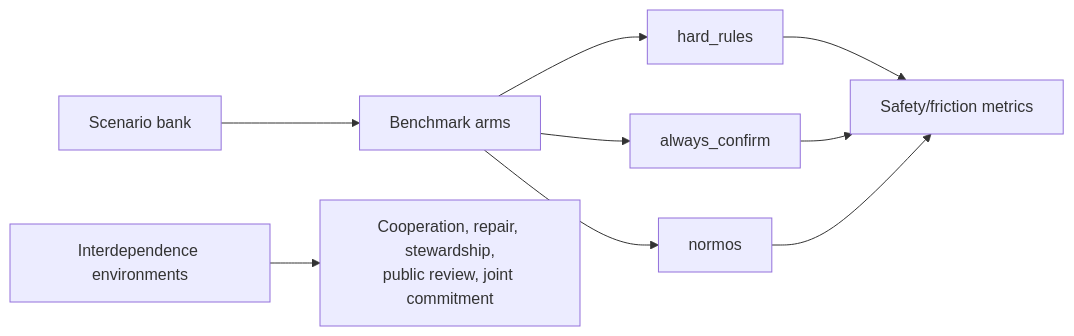
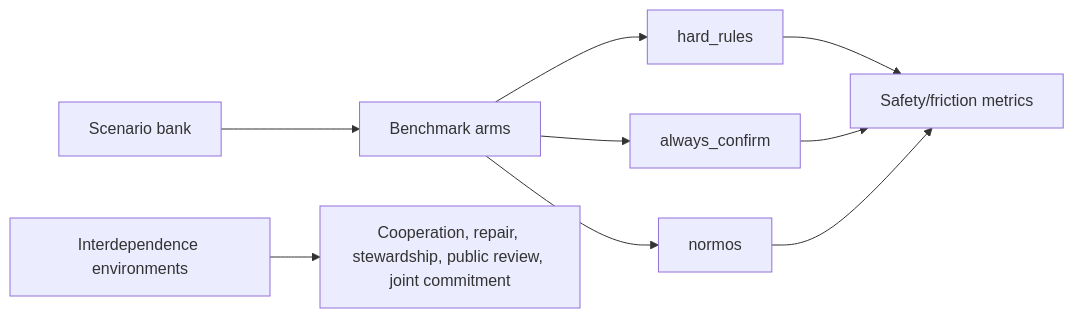
The second of 2 diagrams in docs/critique-and-next-steps.md (kalyvask/moral-agent-os), drawn with Mermaid before and after one commit. The commit also changed 1 other file, not shown here.

Commit message:
Fix Mermaid render error: drop <br/> from diagram labels
GitHub's Mermaid renderer fails ("Cannot read properties of undefined (reading 'render')") on
the <br/> HTML line-break tags in node labels. Use single-line labels in the System Shape and
interdependence diagrams so they render.

````diff
--- a/docs/critique-and-next-steps.md
+++ b/docs/critique-and-next-steps.md
@@ -42,11 +42,11 @@
 ```mermaid
 flowchart LR
     Scenarios["Scenario bank"] --> Arms["Benchmark arms"]
     Arms --> HardRules["hard_rules"]
     Arms --> AlwaysConfirm["always_confirm"]
     Arms --> NormOS["normos"]
     HardRules --> Metrics["Safety/friction metrics"]
     AlwaysConfirm --> Metrics
     NormOS --> Metrics
-    Interdependence["Interdependence environments"] --> SocialMetrics["Cooperation, repair, stewardship,<br/>public review, joint commitment"]
+    Interdependence["Interdependence environments"] --> SocialMetrics["Cooperation, repair, stewardship, public review, joint commitment"]
 ```
````
